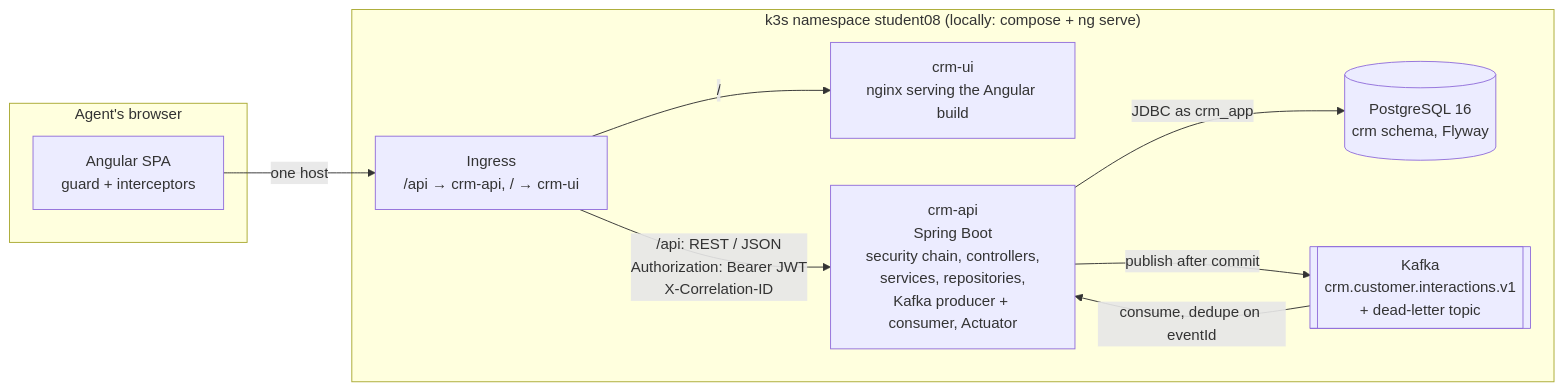
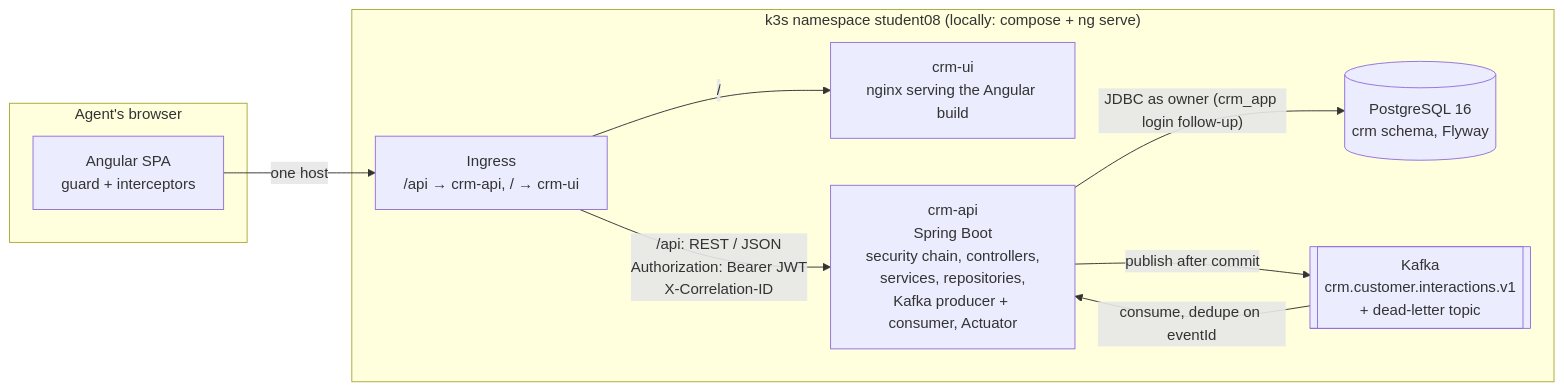
One commit to BrandonRobare/bean-brigade-customer-management-platform changed the second of 7 diagrams in docs/architecture.md. Above: the diagram before and after it, drawn with Mermaid. The commit also changed other lines of this file and 2 other files, not shown here.

````diff
--- a/docs/architecture.md
+++ b/docs/architecture.md
@@ -63,20 +63,20 @@
 ```mermaid
 flowchart LR
     subgraph browser["Agent's browser"]
         ui["Angular SPA<br/>guard + interceptors"]
     end
     subgraph cluster["k3s namespace student08 (locally: compose + ng serve)"]
         ing["Ingress<br/>/api → crm-api, / → crm-ui"]
         web["crm-ui<br/>nginx serving the Angular build"]
         api["crm-api<br/>Spring Boot<br/>security chain, controllers,<br/>services, repositories,<br/>Kafka producer + consumer, Actuator"]
         db[("PostgreSQL 16<br/>crm schema, Flyway")]
         kafka[["Kafka<br/>crm.customer.interactions.v1<br/>+ dead-letter topic"]]
     end
 
     ui -->|" one host "| ing
     ing -->|" / "| web
     ing -->|" /api: REST / JSON<br/>Authorization: Bearer JWT<br/>X-Correlation-ID "| api
-    api -->|" JDBC as crm_app "| db
+    api -->|" JDBC as owner (crm_app login follow-up) "| db
     api -->|" publish after commit "| kafka
     kafka -->|" consume, dedupe on eventId "| api
 ```
````
